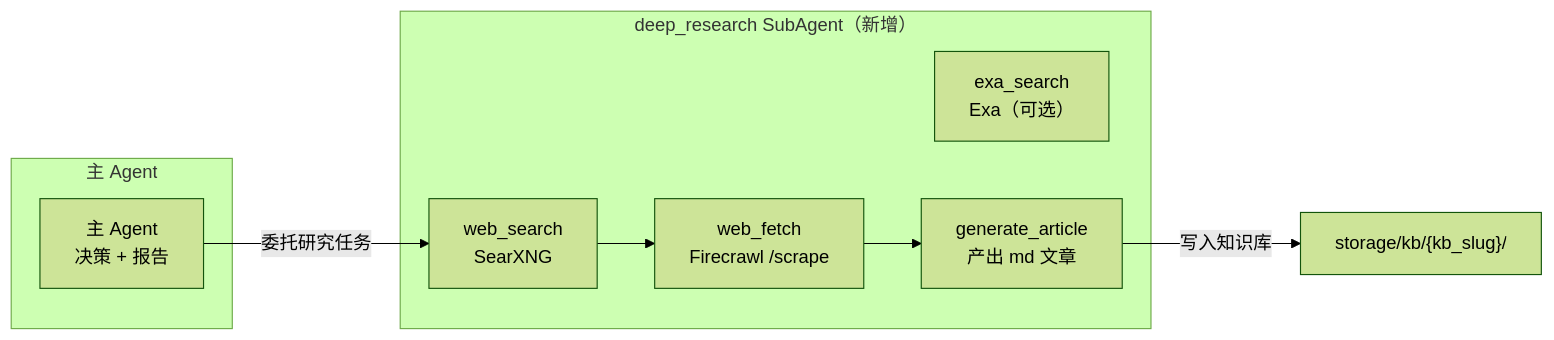
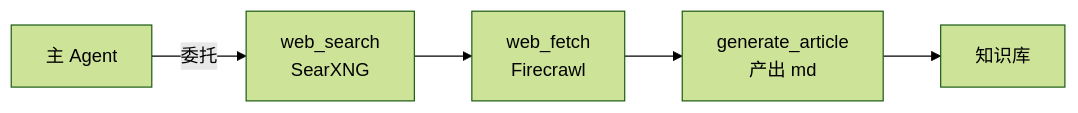
One commit to int2t05/Cognik changed the fifth of 10 diagrams in docs/ROADMAP.md. Above: the diagram before and after it, drawn with Mermaid (forest theme). The commit also changed other lines of this file, not shown here.

First line of the commit message:
docs(roadmap): 全量更新 — 新增 V1.5 知识库组织 + 简洁纯净

````diff
--- a/docs/ROADMAP.md
+++ b/docs/ROADMAP.md
@@ -295,16 +279,7 @@
 ```mermaid
 flowchart LR
-    subgraph 主Agent["主 Agent"]
-        MAIN["主 Agent<br/>决策 + 报告"]
-    end
-    subgraph 深度搜索["deep_research SubAgent（新增）"]
-        WS["web_search<br/>SearXNG"]
-        WF["web_fetch<br/>Firecrawl /scrape"]
-        EXA["exa_search<br/>Exa（可选）"]
-        GEN["generate_article<br/>产出 md 文章"]
-    end
-    MAIN -->|"委托研究任务"| WS
-    WS --> WF
-    WF --> GEN
-    GEN -->|"写入知识库"| KB["storage/kb/{kb_slug}/"]
+    MAIN["主 Agent"] -->|"委托"| WS["web_search<br/>SearXNG"]
+    WS --> WF["web_fetch<br/>Firecrawl"]
+    WF --> GEN["generate_article<br/>产出 md"]
+    GEN --> KB["知识库"]
 ```
````
